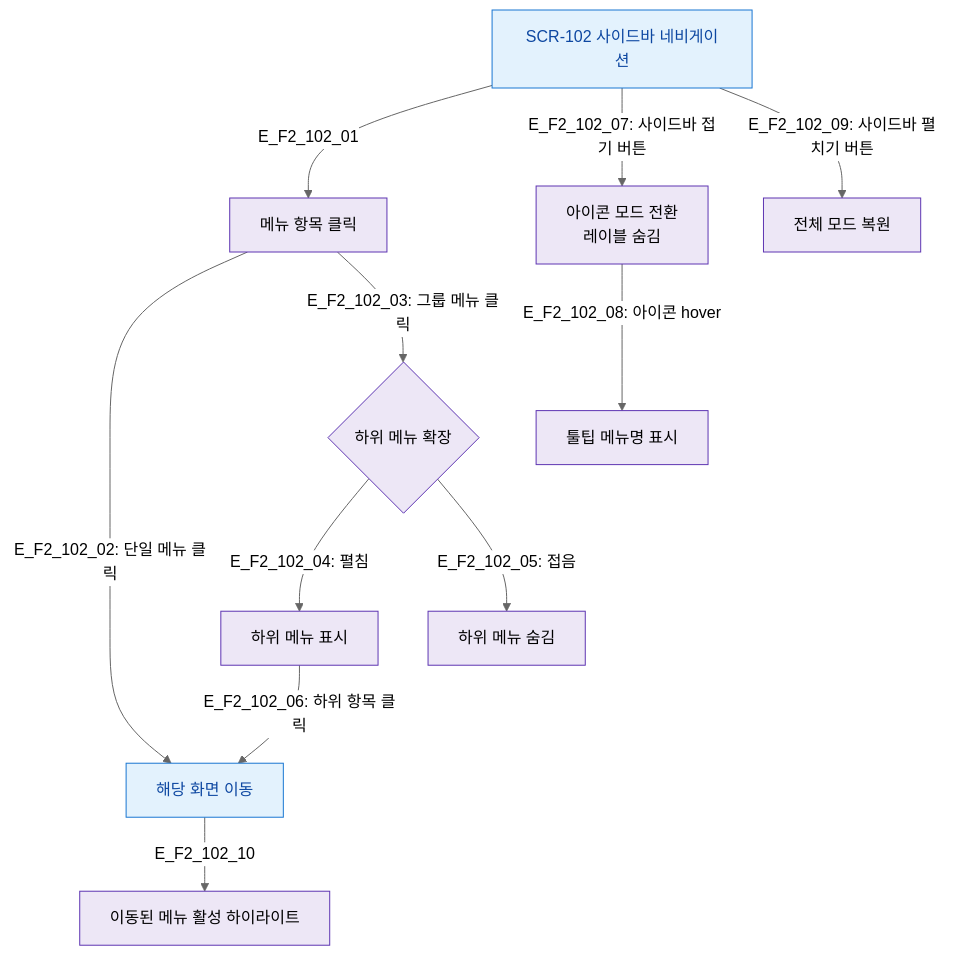
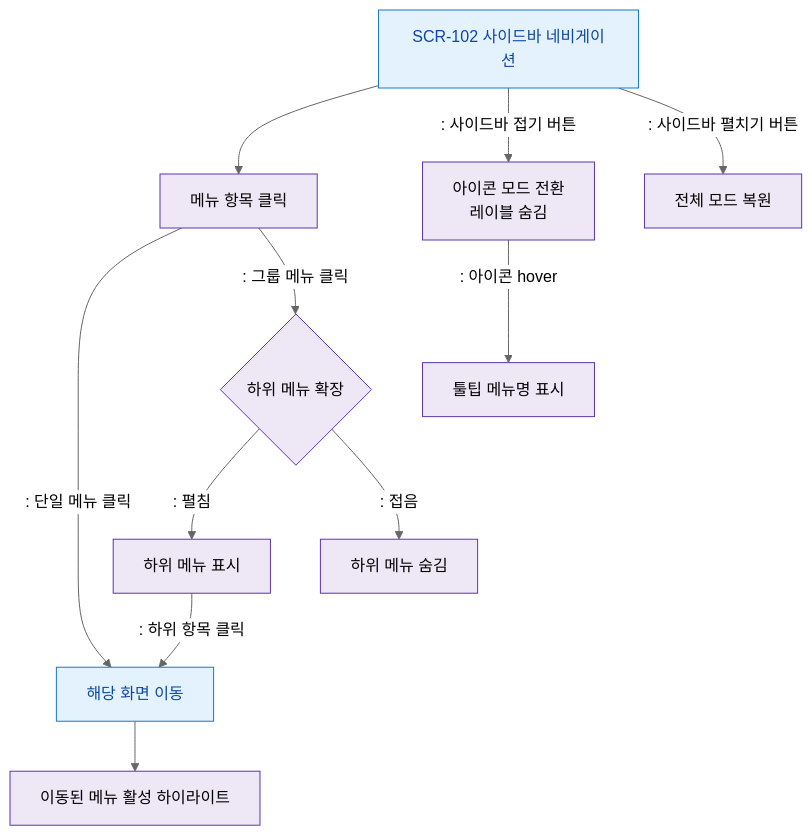
The diagram in docs/다이어그램/D01_공통/SCR-102_사이드바_네비게이션/F2_메인.md (dev-spogym/admin-pando), drawn with Mermaid (neutral theme) before and after one commit. The commit also changed other lines of this file and 1660 other files, not shown here.

First line of the commit message:
다이어그램: 기획자/클라이언트 납품본으로 정리

````diff
--- a/docs/다이어그램/D01_공통/SCR-102_사이드바_네비게이션/F2_메인.md
+++ b/docs/다이어그램/D01_공통/SCR-102_사이드바_네비게이션/F2_메인.md
@@ -19,21 +17,21 @@
 ```mermaid
 flowchart TD
-    SCR_102[SCR-102 사이드바 네비게이션] -->|E_F2_102_01| MENU_ITEM[메뉴 항목 클릭]
+    SCR_102[SCR-102 사이드바 네비게이션] --> MENU_ITEM[메뉴 항목 클릭]
 
-    MENU_ITEM -->|"E_F2_102_02: 단일 메뉴 클릭"| NAV[해당 화면 이동]
-    MENU_ITEM -->|"E_F2_102_03: 그룹 메뉴 클릭"| EXPAND{하위 메뉴 확장}
-    EXPAND -->|"E_F2_102_04: 펼침"| SUB_MENU[하위 메뉴 표시]
-    EXPAND -->|"E_F2_102_05: 접음"| COLLAPSE[하위 메뉴 숨김]
-    SUB_MENU -->|"E_F2_102_06: 하위 항목 클릭"| NAV
+    MENU_ITEM -->|": 단일 메뉴 클릭"|NAV[해당 화면 이동]
+    MENU_ITEM -->|": 그룹 메뉴 클릭"|EXPAND{하위 메뉴 확장}
+    EXPAND -->|": 펼침"|SUB_MENU[하위 메뉴 표시]
+    EXPAND -->|": 접음"|COLLAPSE[하위 메뉴 숨김]
+    SUB_MENU -->|": 하위 항목 클릭"|NAV
 
-    SCR_102 -->|"E_F2_102_07: 사이드바 접기 버튼"| FOLD[아이콘 모드 전환\n레이블 숨김]
-    FOLD -->|"E_F2_102_08: 아이콘 hover"| TOOLTIP[툴팁 메뉴명 표시]
-    SCR_102 -->|"E_F2_102_09: 사이드바 펼치기 버튼"| UNFOLD[전체 모드 복원]
+    SCR_102 -->|": 사이드바 접기 버튼"|FOLD[아이콘 모드 전환\n레이블 숨김]
+    FOLD -->|": 아이콘 hover"|TOOLTIP[툴팁 메뉴명 표시]
+    SCR_102 -->|": 사이드바 펼치기 버튼"|UNFOLD[전체 모드 복원]
 
-    NAV -->|E_F2_102_10| HIGHLIGHT[이동된 메뉴 활성 하이라이트]
+    NAV --> HIGHLIGHT[이동된 메뉴 활성 하이라이트]
 
-    classDef screen  fill:#E3F2FD,stroke:#1976D2,color:#0D47A1
-    classDef system  fill:#EDE7F6,stroke:#5E35B2
+    classDef screen fill:#E3F2FD,stroke:#1976D2,color:#0D47A1
+    classDef system fill:#EDE7F6,stroke:#5E35B2
     class SCR_102,NAV screen
     class MENU_ITEM,EXPAND,SUB_MENU,COLLAPSE,FOLD,UNFOLD,TOOLTIP,HIGHLIGHT system
 ```
````
